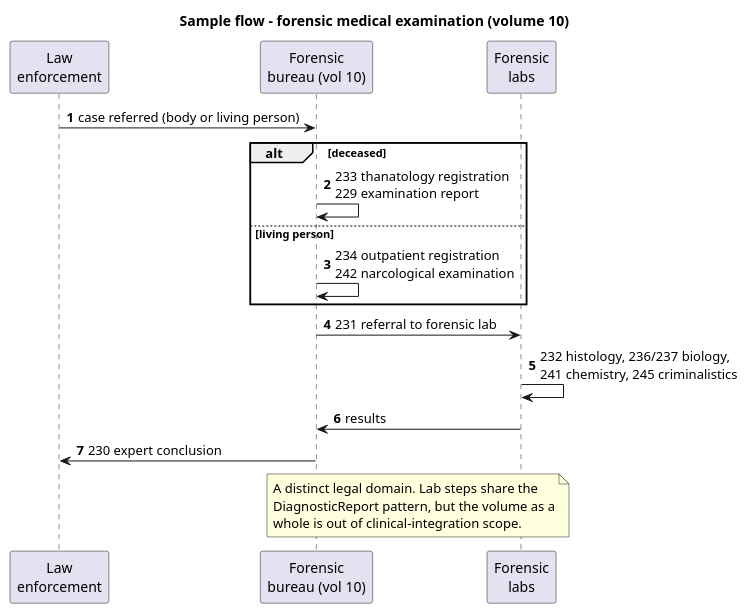
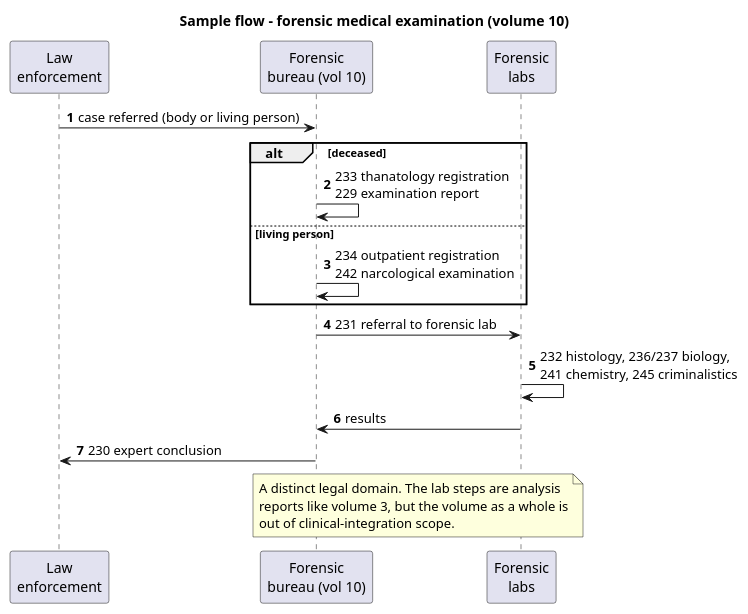
Before and after one commit to uzinfocom-org/digital-health-integration: the diagram in input/images-source/forms-vol10-flow.plantuml, drawn with PlantUML. The commit also changed 12 other files, not shown here.

Commit message:
strip FHIR mappings from volume diagrams

```diff
--- a/input/images-source/forms-vol10-flow.plantuml
+++ b/input/images-source/forms-vol10-flow.plantuml
@@ -1,25 +1,25 @@
 @startuml forms-vol10-flow
 title Sample flow - forensic medical examination (volume 10)
 autonumber
 
 participant "Law\nenforcement" as LE
 participant "Forensic\nbureau (vol 10)" as FB
 participant "Forensic\nlabs" as LAB
 
 LE -> FB : case referred (body or living person)
 alt deceased
   FB -> FB : 233 thanatology registration\n229 examination report
 else living person
   FB -> FB : 234 outpatient registration\n242 narcological examination
 end
 FB -> LAB : 231 referral to forensic lab
 LAB -> LAB : 232 histology, 236/237 biology,\n241 chemistry, 245 criminalistics
 LAB -> FB : results
 FB -> LE : 230 expert conclusion
 
 note over FB, LAB
-  A distinct legal domain. Lab steps share the
-  DiagnosticReport pattern, but the volume as a
-  whole is out of clinical-integration scope.
+  A distinct legal domain. The lab steps are analysis
+  reports like volume 3, but the volume as a whole is
+  out of clinical-integration scope.
 end note
 @enduml
```
